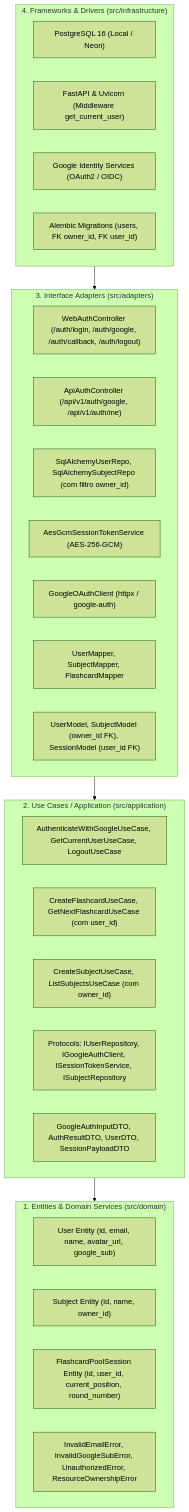
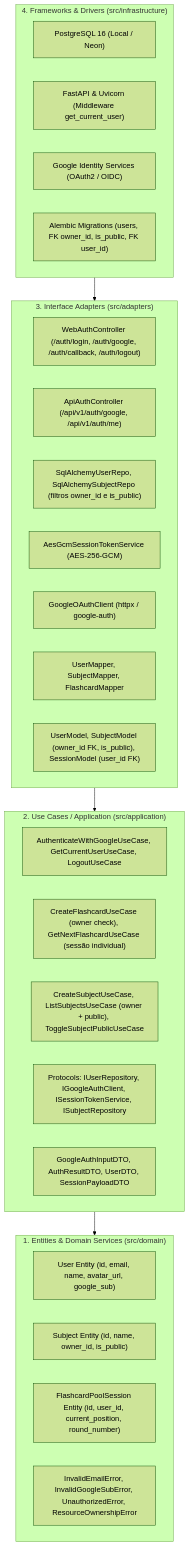
One commit to gabrielffreitas94-commits/study_reviewer changed the diagram in docs/specs/sprint-02-auth-multitenancy-spec.md. Above: the diagram before and after it, drawn with Mermaid (forest theme). The commit also changed other lines of this file and 3 other files, not shown here.

Commit message:
docs(sprint-02): refine sprint 2 with read-only sharing model and update future collaboration roadmap in PRD

````diff
--- a/docs/specs/sprint-02-auth-multitenancy-spec.md
+++ b/docs/specs/sprint-02-auth-multitenancy-spec.md
@@ -13,38 +18,38 @@
 ```mermaid
 flowchart TD
     subgraph Camada_4["4. Frameworks & Drivers (src/infrastructure)"]
         Docker_DB["PostgreSQL 16 (Local / Neon)"]
         FastAPI_Web["FastAPI & Uvicorn (Middleware get_current_user)"]
         Google_OIDC["Google Identity Services (OAuth2 / OIDC)"]
-        Alembic_Mig["Alembic Migrations (users, FK owner_id, FK user_id)"]
+        Alembic_Mig["Alembic Migrations (users, FK owner_id, is_public, FK user_id)"]
     end
 
     subgraph Camada_3["3. Interface Adapters (src/adapters)"]
         Controllers_Web["WebAuthController (/auth/login, /auth/google, /auth/callback, /auth/logout)"]
         Controllers_API["ApiAuthController (/api/v1/auth/google, /api/v1/auth/me)"]
-        Repo_Impl["SqlAlchemyUserRepo, SqlAlchemySubjectRepo (com filtro owner_id)"]
+        Repo_Impl["SqlAlchemyUserRepo, SqlAlchemySubjectRepo (filtros owner_id e is_public)"]
         Crypto_Service["AesGcmSessionTokenService (AES-256-GCM)"]
         Google_Client["GoogleOAuthClient (httpx / google-auth)"]
         Mappers["UserMapper, SubjectMapper, FlashcardMapper"]
-        ORM_Models["UserModel, SubjectModel (owner_id FK), SessionModel (user_id FK)"]
+        ORM_Models["UserModel, SubjectModel (owner_id FK, is_public), SessionModel (user_id FK)"]
     end
 
     subgraph Camada_2["2. Use Cases / Application (src/application)"]
         UC_Auth["AuthenticateWithGoogleUseCase, GetCurrentUserUseCase, LogoutUseCase"]
-        UC_Cards["CreateFlashcardUseCase, GetNextFlashcardUseCase (com user_id)"]
-        UC_Taxonomy["CreateSubjectUseCase, ListSubjectsUseCase (com owner_id)"]
+        UC_Cards["CreateFlashcardUseCase (owner check), GetNextFlashcardUseCase (sessão individual)"]
+        UC_Taxonomy["CreateSubjectUseCase, ListSubjectsUseCase (owner + public), ToggleSubjectPublicUseCase"]
         Ports_Out["Protocols: IUserRepository, IGoogleAuthClient, ISessionTokenService, ISubjectRepository"]
         DTOs["GoogleAuthInputDTO, AuthResultDTO, UserDTO, SessionPayloadDTO"]
     end
 
     subgraph Camada_1["1. Entities & Domain Services (src/domain)"]
         E_User["User Entity (id, email, name, avatar_url, google_sub)"]
-        E_Subject["Subject Entity (id, name, owner_id)"]
+        E_Subject["Subject Entity (id, name, owner_id, is_public)"]
         E_Session["FlashcardPoolSession Entity (id, user_id, current_position, round_number)"]
         D_Exceptions["InvalidEmailError, InvalidGoogleSubError, UnauthorizedError, ResourceOwnershipError"]
     end
 
     Camada_4 --> Camada_3
     Camada_3 --> Camada_2
     Camada_2 --> Camada_1
 ```
````
